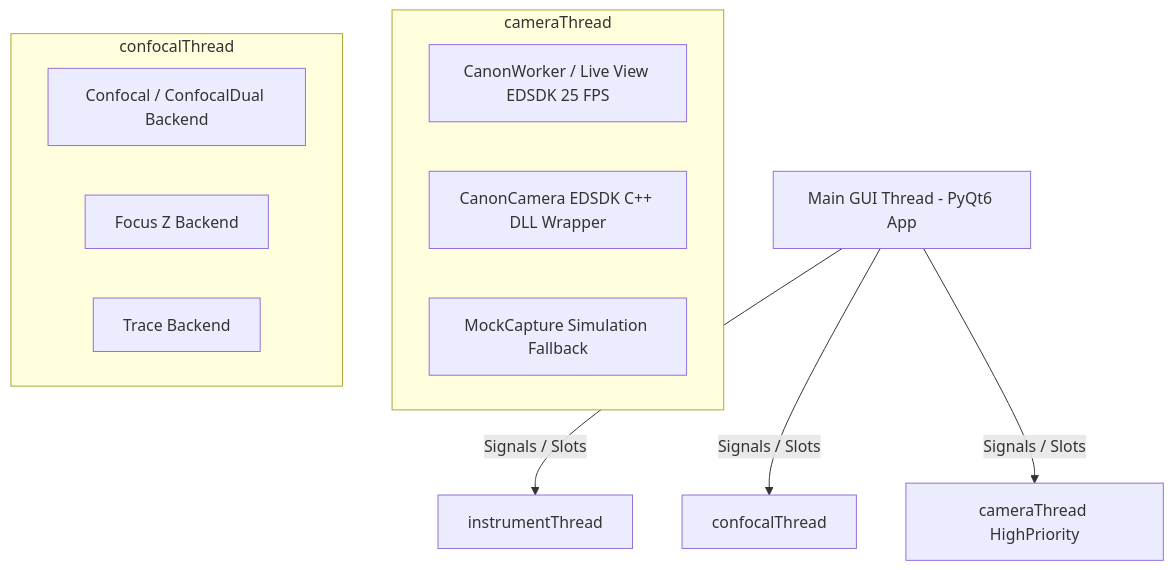
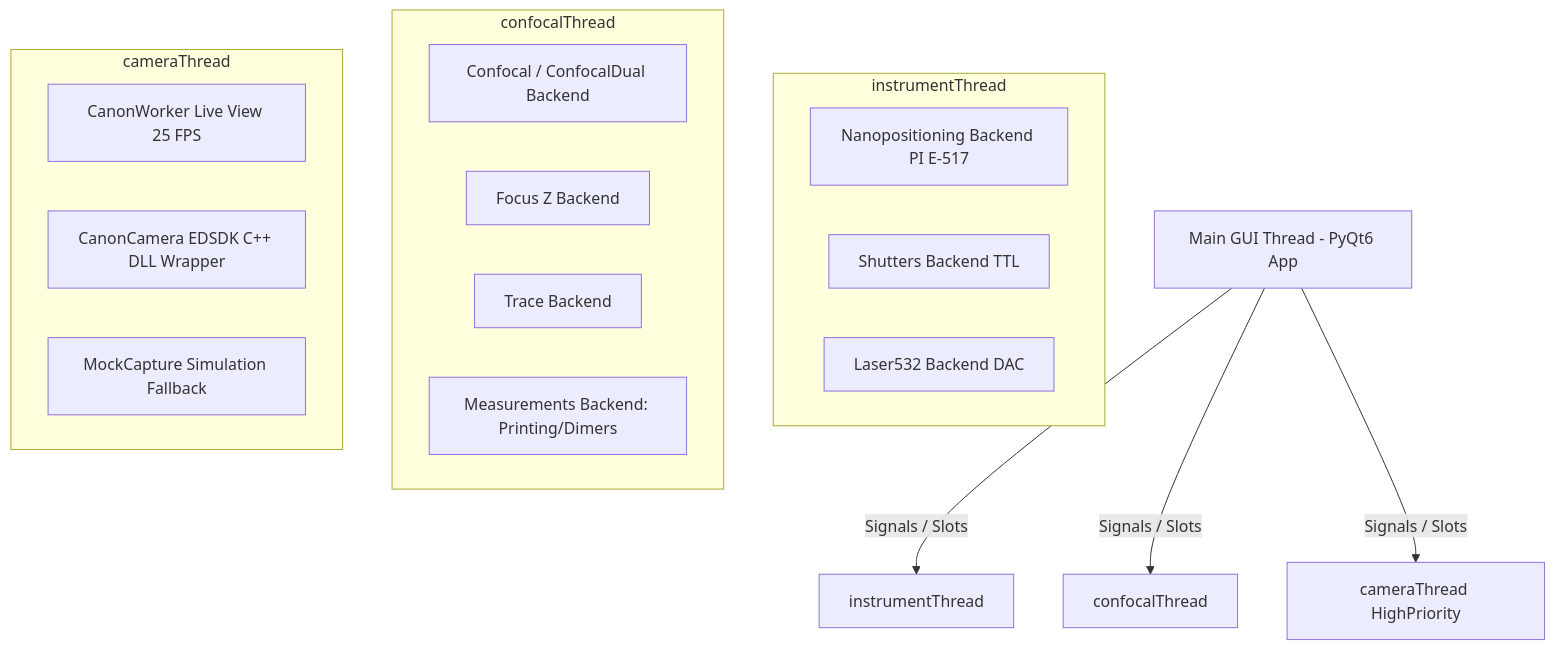
Before and after one commit to joselitog1999/pyprinting_3.0: the diagram in README.md, drawn with Mermaid. The commit also changed other lines of this file and 1 other file, not shown here.

````diff
--- a/README.md
+++ b/README.md
@@ -120,18 +121,25 @@
 ```mermaid
 graph TD
     GUI[Main GUI Thread - PyQt6 App] -->|Signals / Slots| InstrumentThread[instrumentThread]
     GUI -->|Signals / Slots| ConfocalThread[confocalThread]
     GUI -->|Signals / Slots| CameraThread[cameraThread HighPriority]
 
-    subgraph cameraThread
-        canonWorker[CanonWorker / Live View EDSDK 25 FPS]
-        canonCam[CanonCamera EDSDK C++ DLL Wrapper]
-        mockCap[MockCapture Simulation Fallback]
+    subgraph instrumentThread
+        nanoWorker[Nanopositioning Backend PI E-517]
+        shuttersWorker[Shutters Backend TTL]
+        laserBackend[Laser532 Backend DAC]
     end
 
     subgraph confocalThread
         confocalWorker[Confocal / ConfocalDual Backend]
         focusWorker[Focus Z Backend]
         traceWorker[Trace Backend]
+        measWorker[Measurements Backend: Printing/Dimers]
+    end
+
+    subgraph cameraThread
+        cameraWorker[CanonWorker Live View 25 FPS]
+        canonCam[CanonCamera EDSDK C++ DLL Wrapper]
+        mockCap[MockCapture Simulation Fallback]
     end
 ```
````
